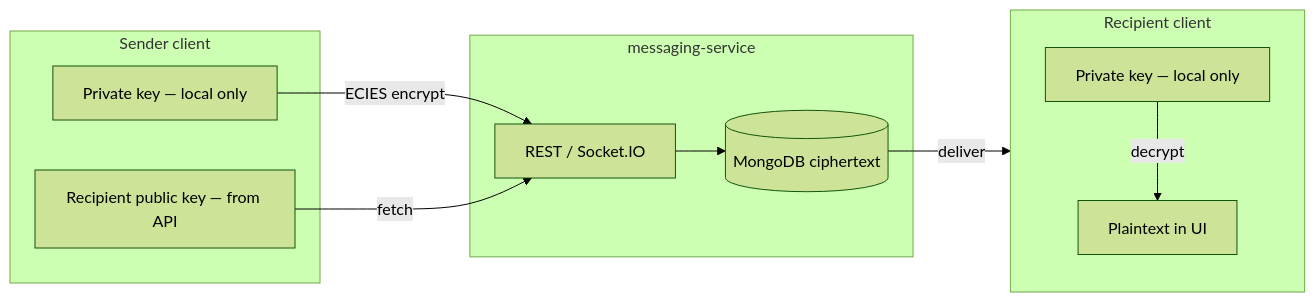
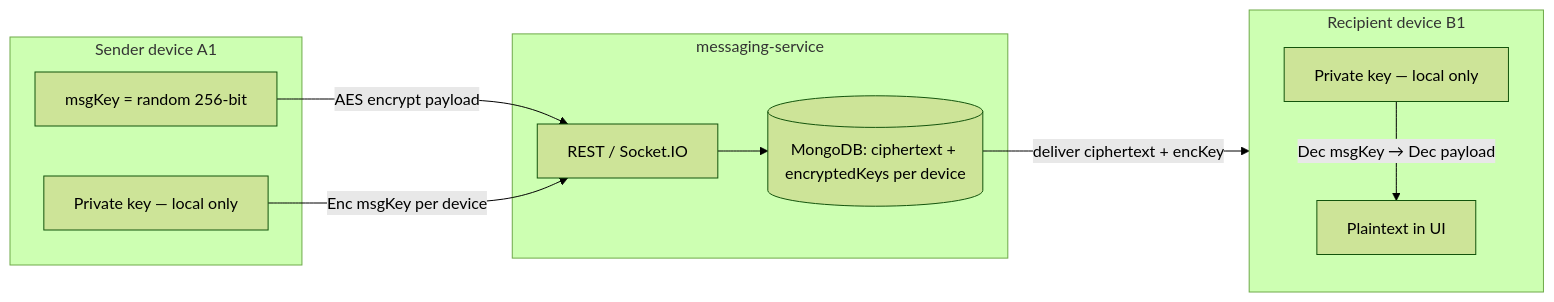
One commit to birat051/messaging-system changed the fourth of 5 diagrams in README.md. Above: the diagram before and after it, drawn with Mermaid (forest theme). The commit also changed other lines of this file and 2 other files, not shown here.

First paragraph of the commit message:
docs: migrate E2EE to per-device hybrid model with multi-device sync
Replaces the single user-level public key model with a per-device hybrid
encryption architecture (AES-256-GCM payload + per-device ECDH-wrapped
message keys) aligned with Signal/WhatsApp-style design.

````diff
--- a/README.md
+++ b/README.md
@@ -180,20 +180,20 @@
 ```mermaid
 flowchart LR
-  subgraph clientA [Sender client]
+  subgraph clientA [Sender device A1]
     SKa[Private key — local only]
-    PKb[Recipient public key — from API]
+    MK[msgKey = random 256-bit]
   end
   subgraph svc [messaging-service]
     REST[REST / Socket.IO]
-    DB[(MongoDB ciphertext)]
+    DB[(MongoDB: ciphertext + encryptedKeys per device)]
   end
-  subgraph clientB [Recipient client]
+  subgraph clientB [Recipient device B1]
     SKb[Private key — local only]
     PT[Plaintext in UI]
   end
-  SKa -->|ECIES encrypt| REST
-  PKb -->|fetch| REST
+  MK -->|AES encrypt payload| REST
+  SKa -->|Enc msgKey per device| REST
   REST --> DB
-  DB -->|deliver| clientB
-  SKb -->|decrypt| PT
+  DB -->|deliver ciphertext + encKey| clientB
+  SKb -->|Dec msgKey → Dec payload| PT
 ```
````
